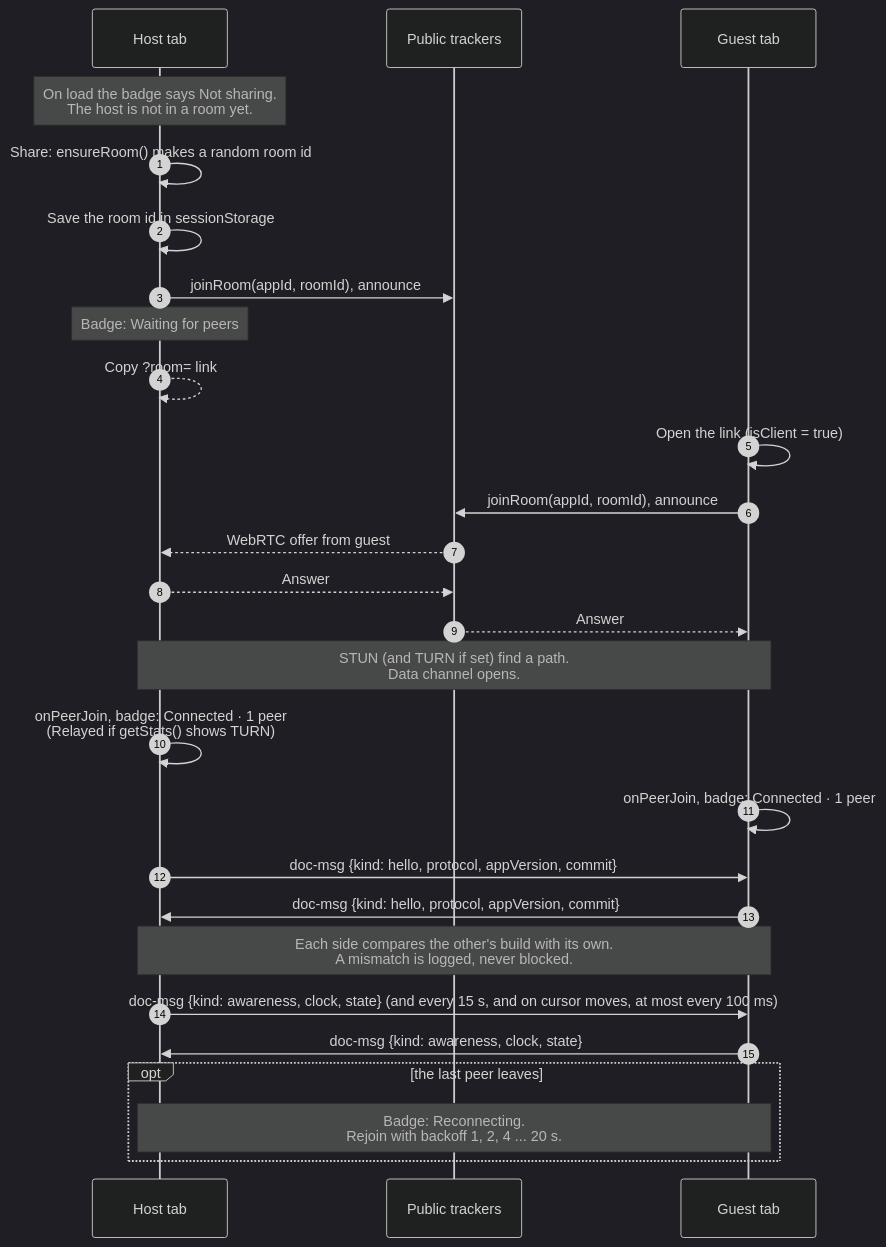
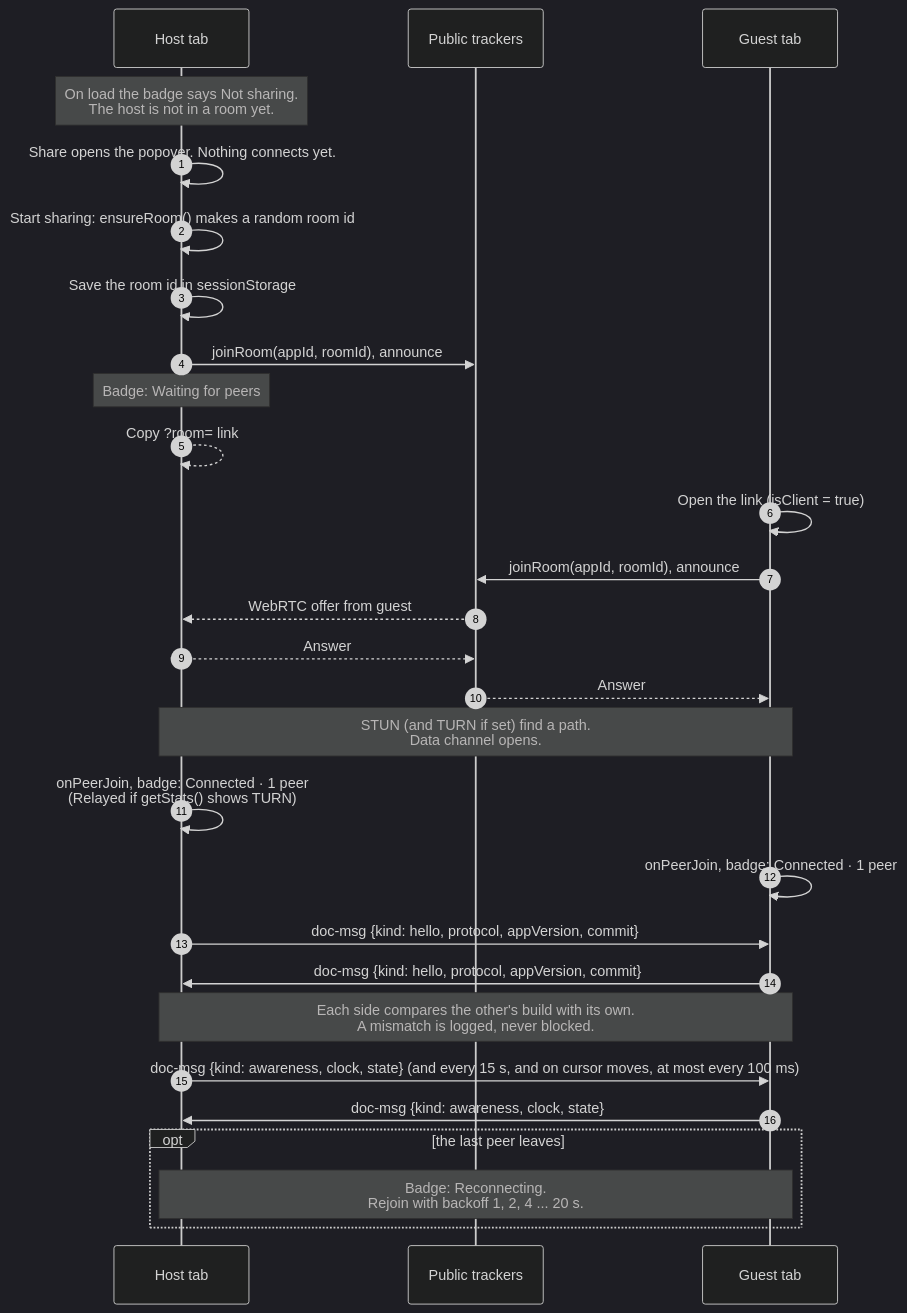
The first of 4 diagrams in docs/protocol.md (PrestonHager/LaTeXCollaborativeEditor), drawn with Mermaid (dark theme) before and after one commit. The commit also changed other lines of this file and 34 other files, not shown here.

First line of the commit message:
Start sharing only when the host asks for it (#224)

````diff
--- a/docs/protocol.md
+++ b/docs/protocol.md
@@ -185,30 +190,31 @@
 ```mermaid
 sequenceDiagram
     autonumber
     participant H as Host tab
     participant T as Public trackers
     participant G as Guest tab
 
     Note over H: On load the badge says Not sharing.<br/>The host is not in a room yet.
-    H->>H: Share: ensureRoom() makes a random room id
+    H->>H: Share opens the popover. Nothing connects yet.
+    H->>H: Start sharing: ensureRoom() makes a random room id
     H->>H: Save the room id in sessionStorage
     H->>T: joinRoom(appId, roomId), announce
     Note over H: Badge: Waiting for peers
     H-->>H: Copy ?room= link
     G->>G: Open the link (isClient = true)
     G->>T: joinRoom(appId, roomId), announce
     T-->>H: WebRTC offer from guest
     H-->>T: Answer
     T-->>G: Answer
     Note over H,G: STUN (and TURN if set) find a path.<br/>Data channel opens.
     H->>H: onPeerJoin, badge: Connected · 1 peer<br/>(Relayed if getStats() shows TURN)
     G->>G: onPeerJoin, badge: Connected · 1 peer
     H->>G: doc-msg {kind: hello, protocol, appVersion, commit}
     G->>H: doc-msg {kind: hello, protocol, appVersion, commit}
     Note over H,G: Each side compares the other's build with its own.<br/>A mismatch is logged, never blocked.
     H->>G: doc-msg {kind: awareness, clock, state} (and every 15 s, and on cursor moves, at most every 100 ms)
     G->>H: doc-msg {kind: awareness, clock, state}
     opt the last peer leaves
         Note over H,G: Badge: Reconnecting.<br/>Rejoin with backoff 1, 2, 4 ... 20 s.
     end
 ```
````
